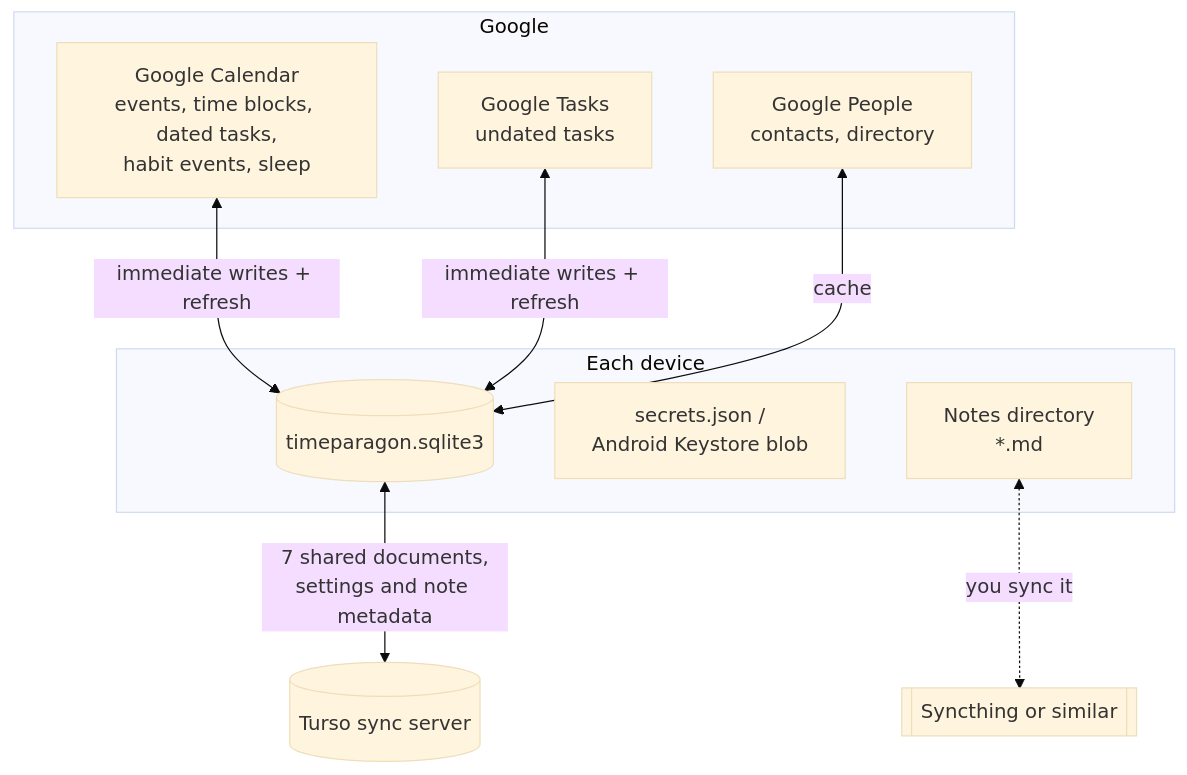
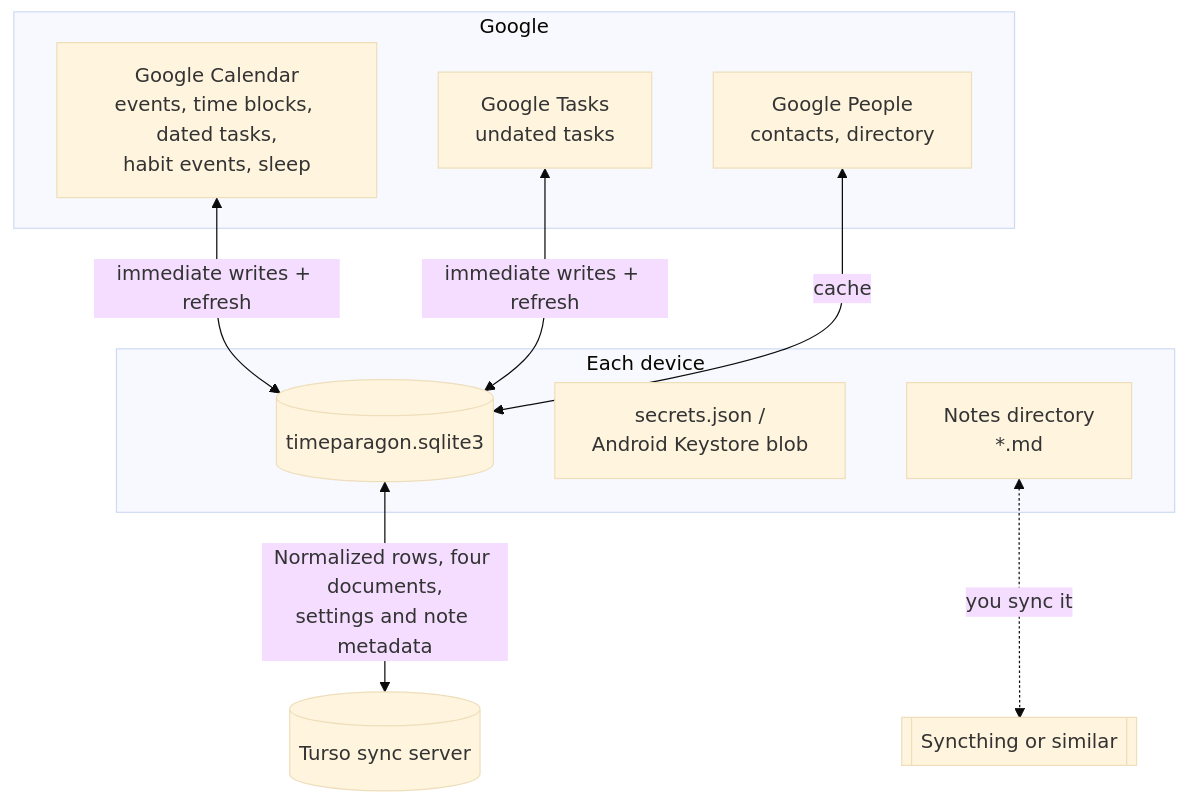
One commit to hyperupcall-projects/timeparagon changed the first of 3 diagrams in docs/data-model.md. Above: the diagram before and after it, drawn with Mermaid (base theme). The commit also changed other lines of this file and 20 other files, not shown here.

````diff
--- a/docs/data-model.md
+++ b/docs/data-model.md
@@ -13,21 +13,21 @@
 ```mermaid
 flowchart TB
     subgraph Google
         GC[Google Calendar<br/>events, time blocks, dated tasks,<br/>habit events, sleep]
         GT[Google Tasks<br/>undated tasks]
         GP[Google People<br/>contacts, directory]
     end
     subgraph Device["Each device"]
         DB[(timeparagon.sqlite3)]
         SEC[secrets.json /<br/>Android Keystore blob]
         NOTES[Notes directory<br/>*.md]
     end
     TURSO[(Turso sync server)]
     SYNCTHING[[Syncthing or similar]]
 
     GC <-- "immediate writes + refresh" --> DB
     GT <-- "immediate writes + refresh" --> DB
     GP <-- "cache" --> DB
-    DB <-- "7 shared documents,<br/>settings and note metadata" --> TURSO
+    DB <-- "Normalized rows, four documents,<br/>settings and note metadata" --> TURSO
     NOTES <-. "you sync it" .-> SYNCTHING
 ```
````
